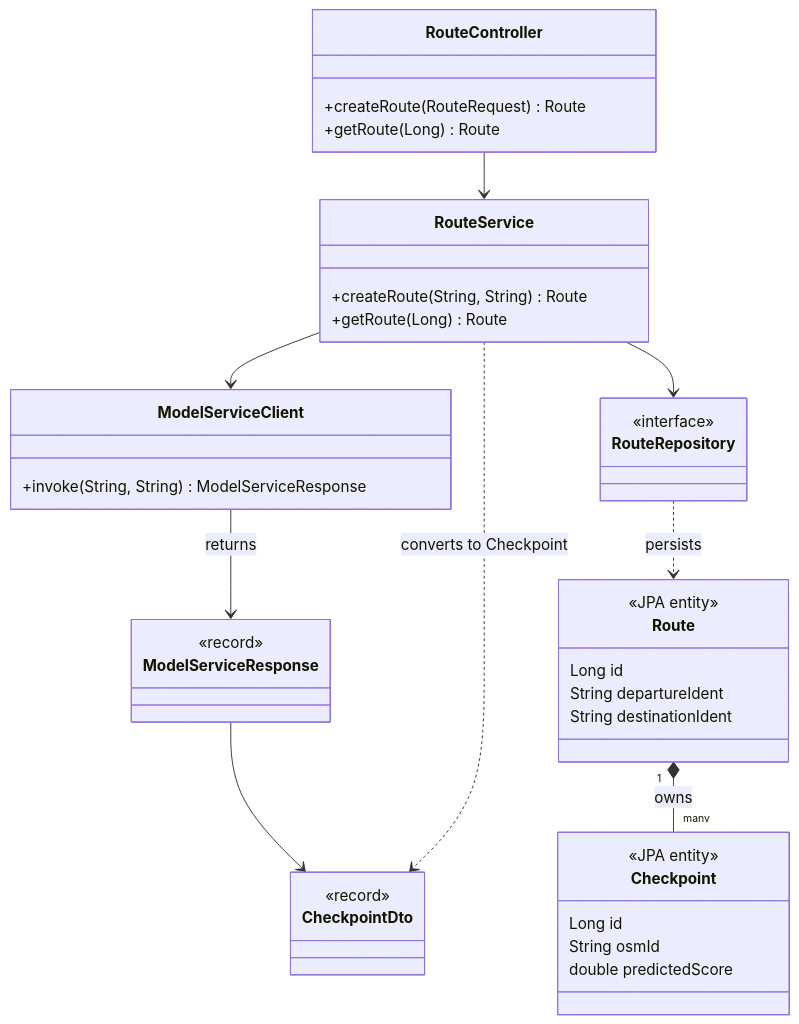
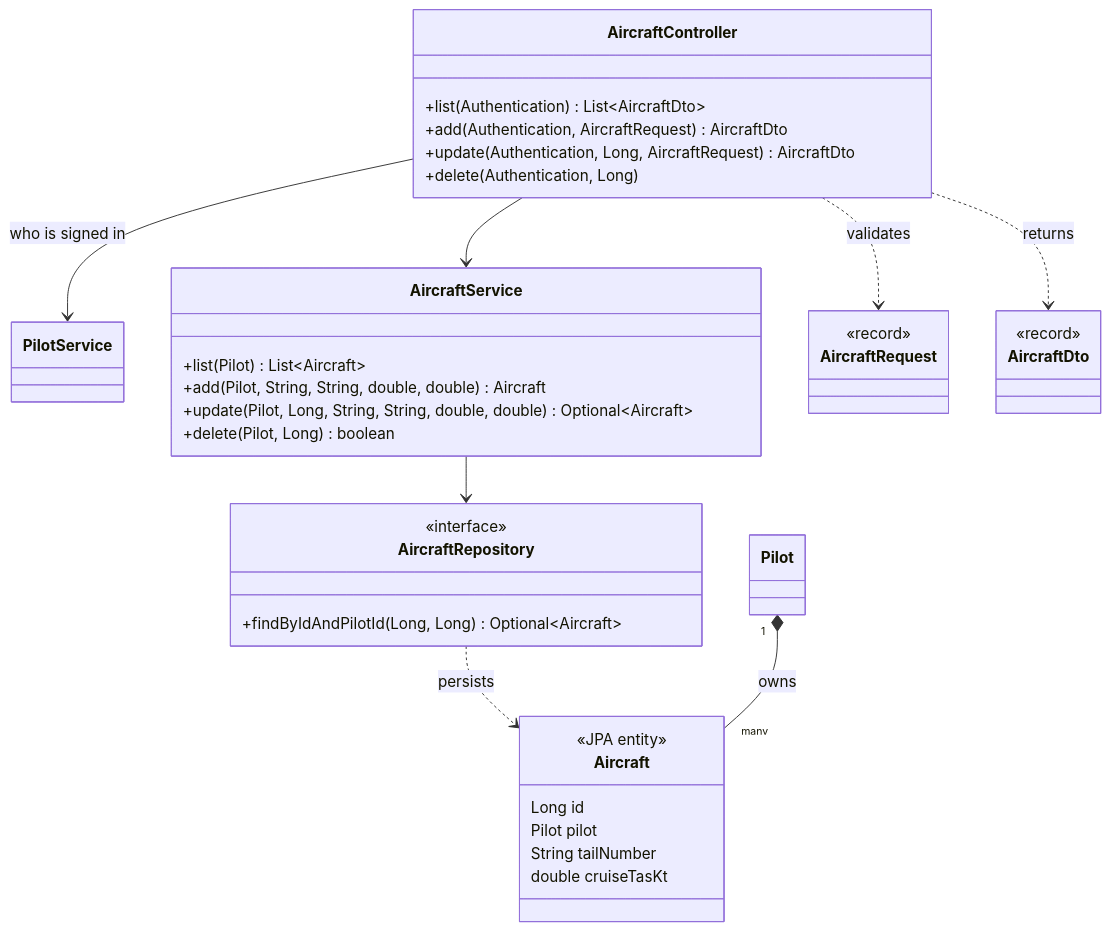
One commit to asdaq-samir/flight_plan changed the third of 4 diagrams in docs/LEARNING-GUIDE.md. Above: the diagram before and after it, drawn with Mermaid. The commit also changed other lines of this file and 75 other files, not shown here.

````diff
--- a/docs/LEARNING-GUIDE.md
+++ b/docs/LEARNING-GUIDE.md
@@ -610,44 +613,40 @@
 ```mermaid
 classDiagram
-    RouteController --> RouteService
-    RouteService --> ModelServiceClient
-    RouteService --> RouteRepository
-    RouteRepository ..> Route : persists
-    Route "1" *-- "many" Checkpoint : owns
-    ModelServiceClient --> ModelServiceResponse : returns
-    ModelServiceResponse --> CheckpointDto
-    RouteService ..> CheckpointDto : converts to Checkpoint
+    AircraftController --> PilotService : who is signed in
+    AircraftController --> AircraftService
+    AircraftService --> AircraftRepository
+    AircraftRepository ..> Aircraft : persists
+    Pilot "1" *-- "many" Aircraft : owns
+    AircraftController ..> AircraftRequest : validates
+    AircraftController ..> AircraftDto : returns
 
-    class RouteController {
-        +createRoute(RouteRequest) Route
-        +getRoute(Long) Route
+    class AircraftController {
+        +list(Authentication) List~AircraftDto~
+        +add(Authentication, AircraftRequest) AircraftDto
+        +update(Authentication, Long, AircraftRequest) AircraftDto
+        +delete(Authentication, Long)
     }
-    class RouteService {
-        +createRoute(String, String) Route
-        +getRoute(Long) Route
+    class AircraftService {
+        +list(Pilot) List~Aircraft~
+        +add(Pilot, String, String, double, double) Aircraft
+        +update(Pilot, Long, String, String, double, double) Optional~Aircraft~
+        +delete(Pilot, Long) boolean
     }
-    class ModelServiceClient {
-        +invoke(String, String) ModelServiceResponse
+    class AircraftRepository {
+        <<interface>>
+        +findByIdAndPilotId(Long, Long) Optional~Aircraft~
     }
-    class RouteRepository {
-        <<interface>>
-    }
-    class Route {
+    class Aircraft {
         <<JPA entity>>
         Long id
-        String departureIdent
-        String destinationIdent
+        Pilot pilot
+        String tailNumber
+        double cruiseTasKt
     }
-    class Checkpoint {
-        <<JPA entity>>
-        Long id
-        String osmId
-        double predictedScore
-    }
-    class ModelServiceResponse {
+    class AircraftRequest {
         <<record>>
     }
-    class CheckpointDto {
+    class AircraftDto {
         <<record>>
     }
 ```
````
